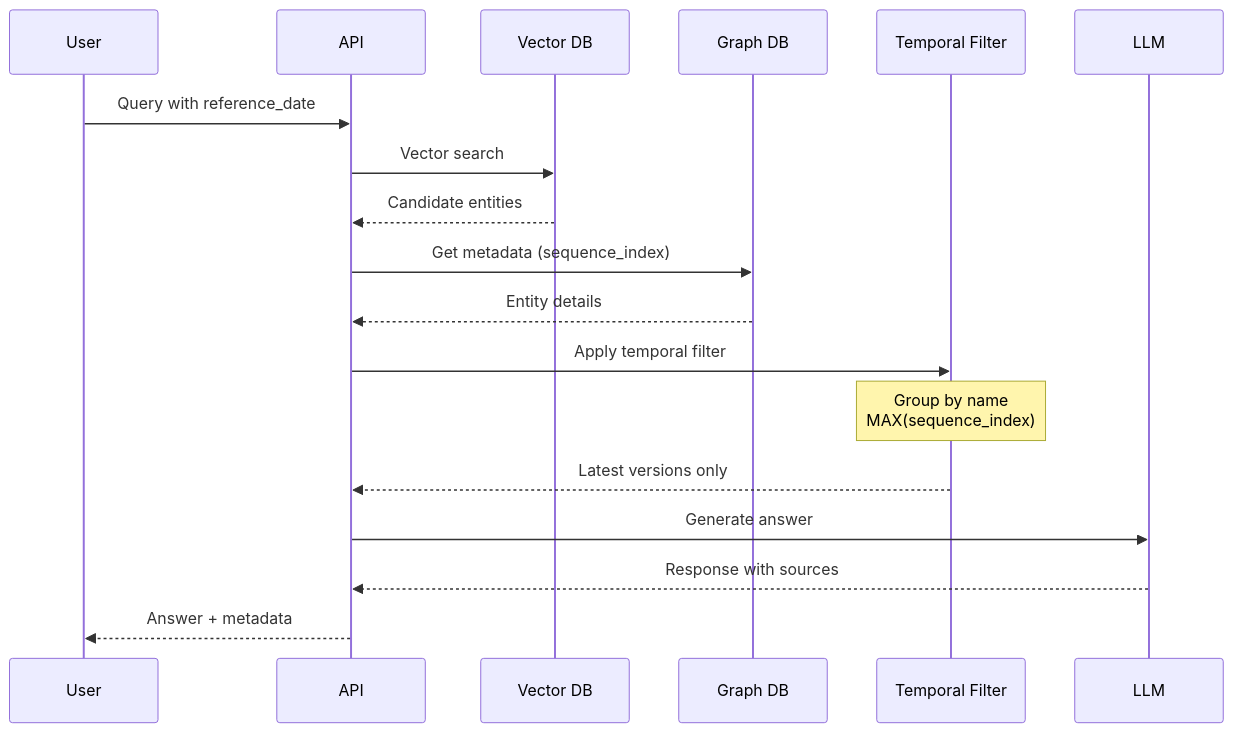
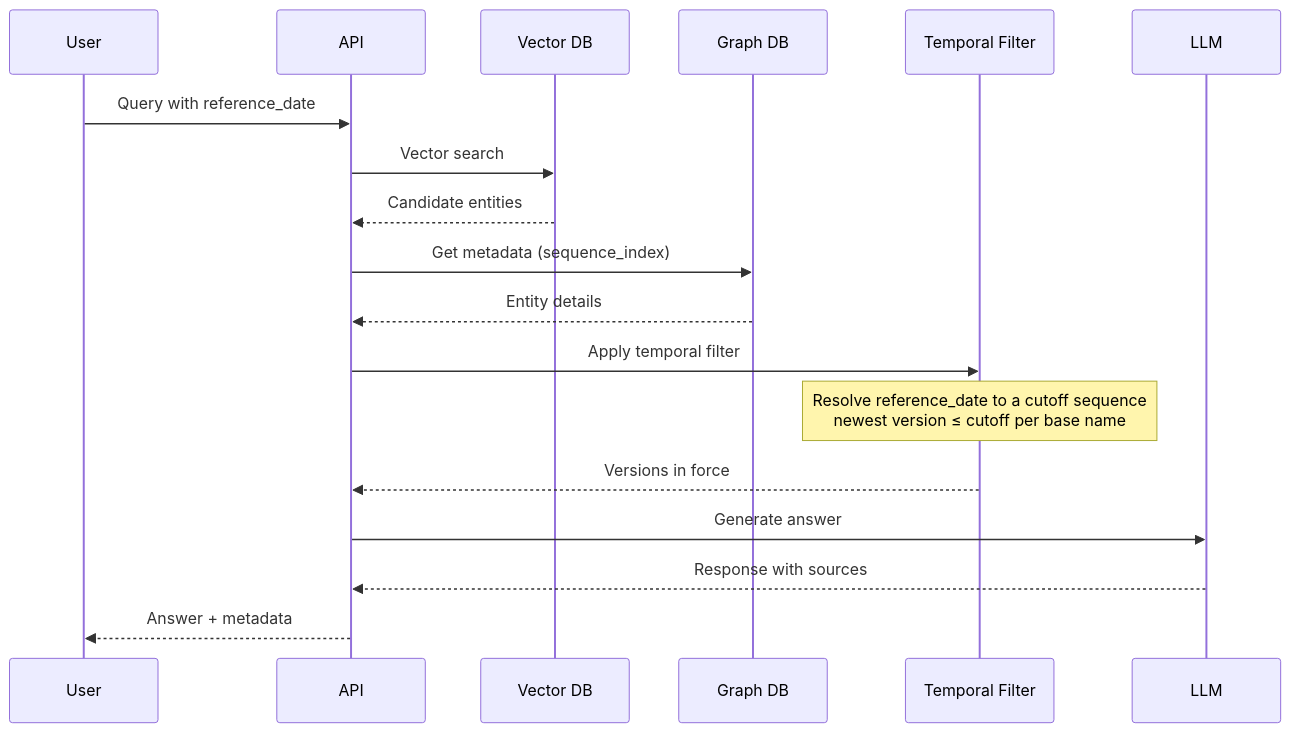
Before and after one commit to parthpatel643/LightRAG: the diagram in docs/TEMPORAL.md, drawn with Mermaid. The commit also changed other lines of this file and 36 other files, not shown here.

````diff
--- a/docs/TEMPORAL.md
+++ b/docs/TEMPORAL.md
@@ -112,21 +112,21 @@
 ```mermaid
 sequenceDiagram
     participant User
     participant API
     participant Vector as Vector DB
     participant Graph as Graph DB
     participant Filter as Temporal Filter
     participant LLM
     
     User->>API: Query with reference_date
     API->>Vector: Vector search
     Vector-->>API: Candidate entities
     API->>Graph: Get metadata (sequence_index)
     Graph-->>API: Entity details
     API->>Filter: Apply temporal filter
-    Note over Filter: Group by name<br/>MAX(sequence_index)
-    Filter-->>API: Latest versions only
+    Note over Filter: Resolve reference_date to a cutoff sequence<br/>newest version ≤ cutoff per base name
+    Filter-->>API: Versions in force
     API->>LLM: Generate answer
     LLM-->>API: Response with sources
     API-->>User: Answer + metadata
 ```
````
